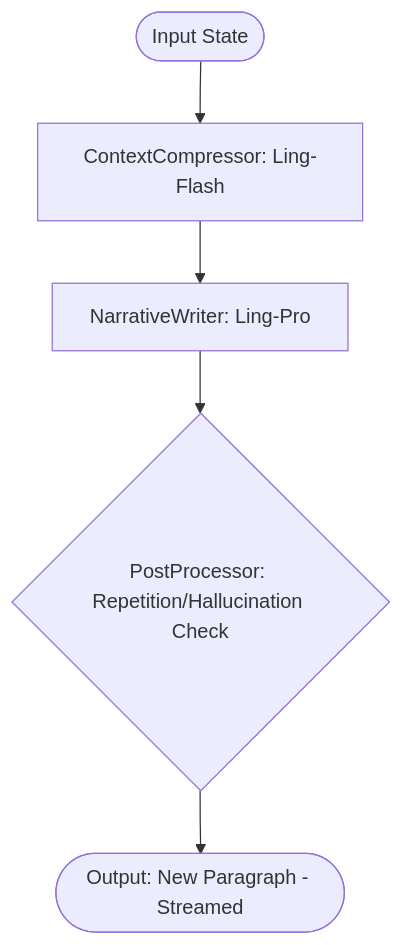
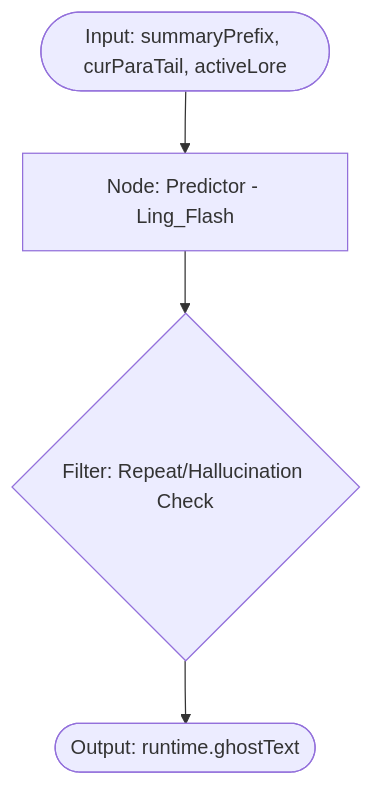
One commit to cafe3310/ling-open-studio changed the second of 4 diagrams in docs/2026-02-22-22-12-设计-ModelWrite智能体架构与Graph流程全量梳理.md. Above: the diagram before and after it, drawn with Mermaid. The commit also changed other lines of this file and 2 other files, not shown here.

````diff
--- a/docs/2026-02-22-22-12-设计-ModelWrite智能体架构与Graph流程全量梳理.md
+++ b/docs/2026-02-22-22-12-设计-ModelWrite智能体架构与Graph流程全量梳理.md
@@ -32,7 +36,6 @@
 ```mermaid
 graph TD
-    A([Input State]) --> B[ContextCompressor: Ling-Flash]
-    B --> C[NarrativeWriter: Ling-Pro]
-    C --> D{PostProcessor: Repetition/Hallucination Check}
-    D --> E([Output: New Paragraph - Streamed])
+    A([Input: summaryPrefix, curParaTail, activeLore]) --> B[Node: Predictor - Ling_Flash]
+    B --> C{Filter: Repeat/Hallucination Check}
+    C --> D([Output: runtime.ghostText])
 ```
````
